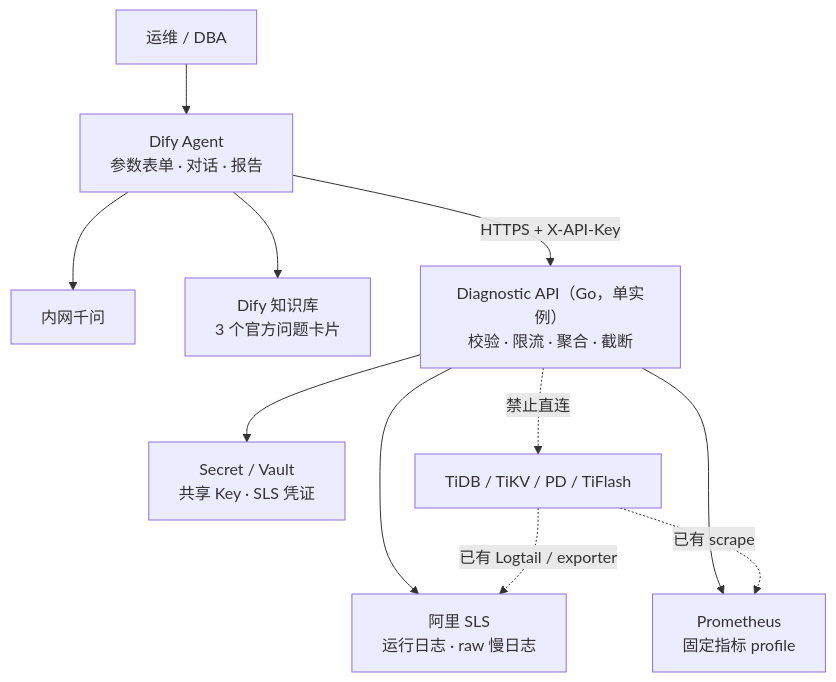
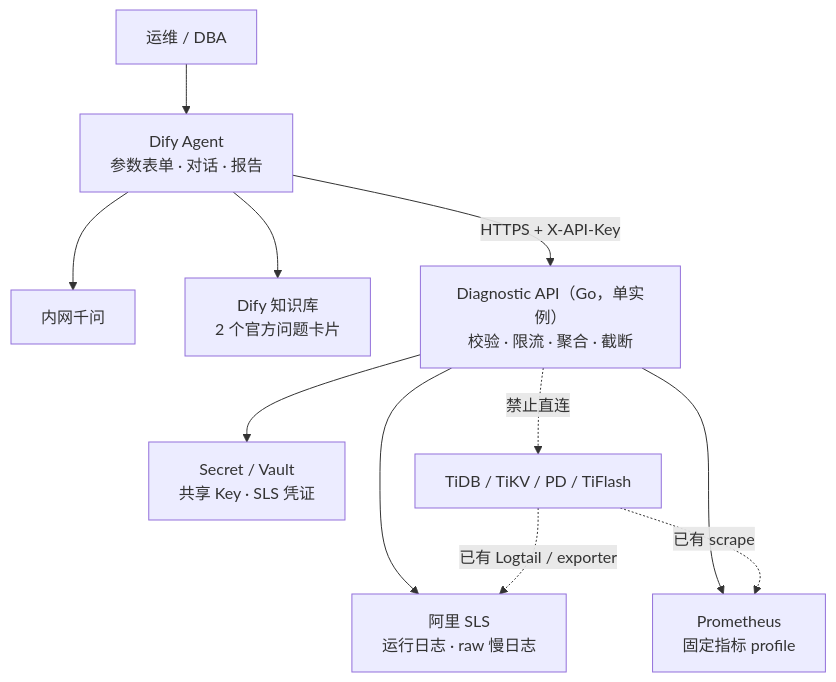
The first of 3 diagrams in docs/tidb-diag-agent-technical-design.md (yangzhengjie/tidb-diag), drawn with Mermaid before and after one commit. The commit also changed other lines of this file and 1 other file, not shown here.

````diff
--- a/docs/tidb-diag-agent-technical-design.md
+++ b/docs/tidb-diag-agent-technical-design.md
@@ -14,13 +14,13 @@
 ```mermaid
 flowchart TB
     User["运维 / DBA"] --> Dify["Dify Agent\n参数表单 · 对话 · 报告"]
     Dify --> Qwen["内网千问"]
-    Dify --> KB["Dify 知识库\n3 个官方问题卡片"]
+    Dify --> KB["Dify 知识库\n2 个官方问题卡片"]
     Dify -->|"HTTPS + X-API-Key"| API["Diagnostic API（Go，单实例）\n校验 · 限流 · 聚合 · 截断"]
     API --> SLS["阿里 SLS\n运行日志 · raw 慢日志"]
     API --> Prom["Prometheus\n固定指标 profile"]
     API --> Secret["Secret / Vault\n共享 Key · SLS 凭证"]
     Prod["TiDB / TiKV / PD / TiFlash"] -.->|"已有 Logtail / exporter"| SLS
     Prod -.->|"已有 scrape"| Prom
     API -.->|"禁止直连"| Prod
 ```
````
